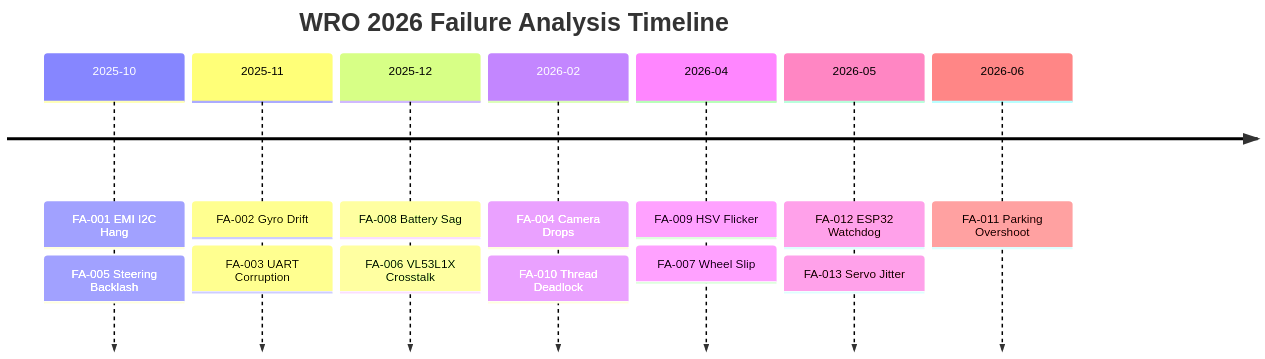
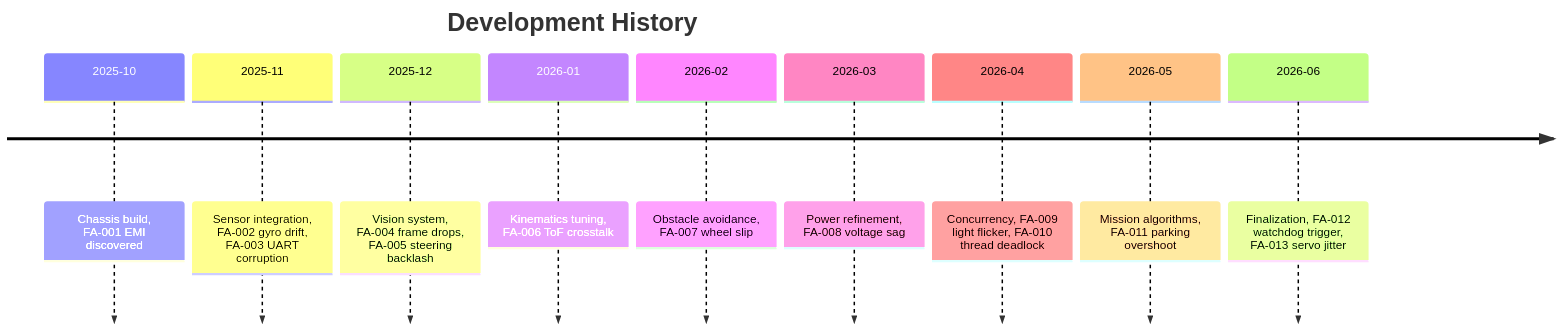
Before and after one commit to SHRUT6633/car: the diagram in docs/06_failure_analysis.md, drawn with Mermaid. The commit also changed other lines of this file and 3 other files, not shown here.

Commit message:
Fix copy-paste repetitions in docs 01, 02, 06 and add missing Mermaid diagrams to 04

````diff
--- a/docs/06_failure_analysis.md
+++ b/docs/06_failure_analysis.md
@@ -47,21 +15,13 @@
 ```mermaid
-
 timeline
-
-title WRO 2026 Failure Analysis Timeline
-
-2025-10 : FA-001 EMI I2C Hang : FA-005 Steering Backlash
-
-2025-11 : FA-002 Gyro Drift : FA-003 UART Corruption
-
-2025-12 : FA-008 Battery Sag : FA-006 VL53L1X Crosstalk
-
-2026-02 : FA-004 Camera Drops : FA-010 Thread Deadlock
-
-2026-04 : FA-009 HSV Flicker : FA-007 Wheel Slip
-
-2026-05 : FA-012 ESP32 Watchdog : FA-013 Servo Jitter
-
-2026-06 : FA-011 Parking Overshoot
-
+    title Development History
+    2025-10 : Chassis build, FA-001 EMI discovered
+    2025-11 : Sensor integration, FA-002 gyro drift, FA-003 UART corruption
+    2025-12 : Vision system, FA-004 frame drops, FA-005 steering backlash
+    2026-01 : Kinematics tuning, FA-006 ToF crosstalk
+    2026-02 : Obstacle avoidance, FA-007 wheel slip
+    2026-03 : Power refinement, FA-008 voltage sag
+    2026-04 : Concurrency, FA-009 light flicker, FA-010 thread deadlock
+    2026-05 : Mission algorithms, FA-011 parking overshoot
+    2026-06 : Finalization, FA-012 watchdog trigger, FA-013 servo jitter
 ```
````
